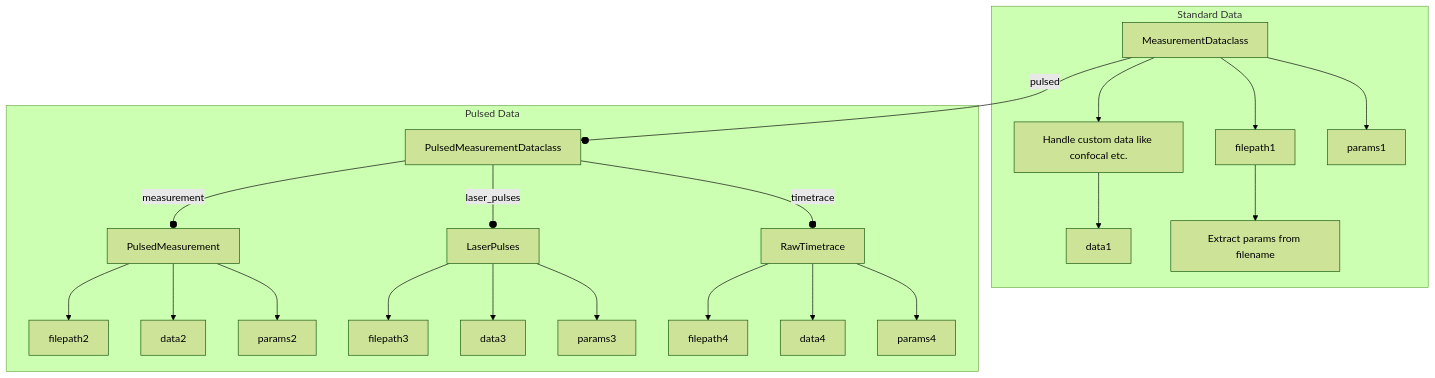
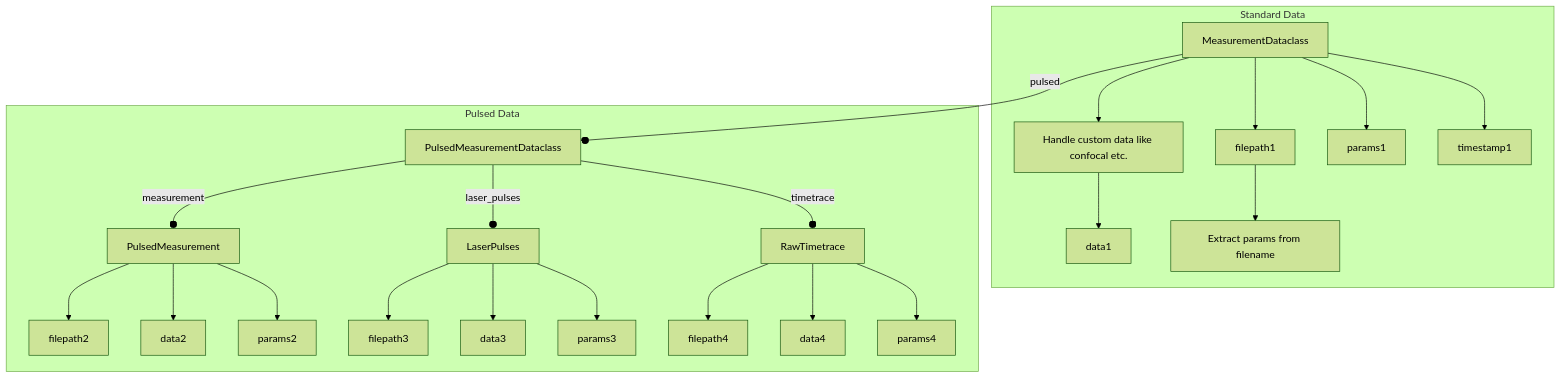
The second of 2 diagrams in README.md (dineshpinto/qudi-hira-analysis), drawn with Mermaid (forest theme) before and after one commit.

````diff
--- a/README.md
+++ b/README.md
@@ -48,25 +48,26 @@
 ```mermaid
 flowchart TD;
     subgraph Standard Data
         MeasurementDataclass-->filepath1;
         MeasurementDataclass-->CustomDataImporter[Handle custom data like confocal etc.];
         CustomDataImporter-->data1;
         MeasurementDataclass-->params1;
+        MeasurementDataclass-->timestamp1;
         filepath1-->ParameterExtraction[Extract params from filename]
     end
     subgraph Pulsed Data
         MeasurementDataclass-- pulsed --oPulsedMeasurementDataclass;
         PulsedMeasurementDataclass-- measurement --oPulsedMeasurement;
         PulsedMeasurement--> filepath2;
         PulsedMeasurement--> data2;
         PulsedMeasurement--> params2;
         PulsedMeasurementDataclass-- laser_pulses --oLaserPulses; 
         LaserPulses--> filepath3;
         LaserPulses--> data3;
         LaserPulses--> params3;
         PulsedMeasurementDataclass-- timetrace --oRawTimetrace;
         RawTimetrace--> filepath4;
         RawTimetrace--> data4;
         RawTimetrace--> params4;
     end
 ```
````
